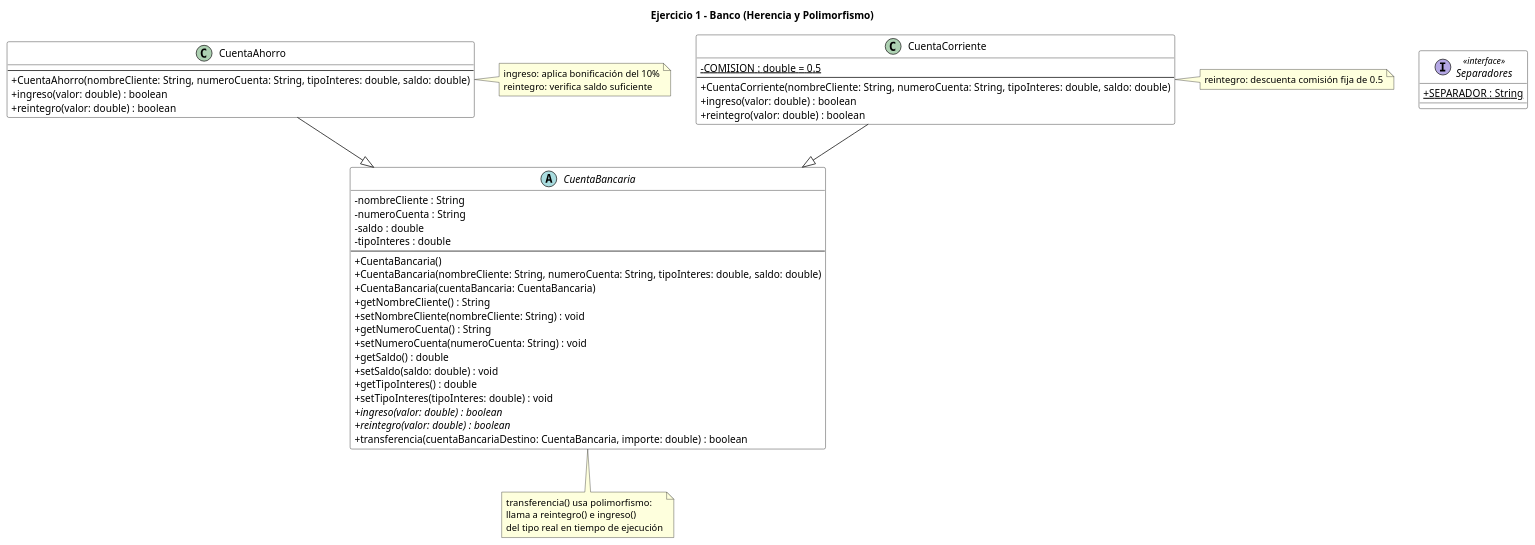
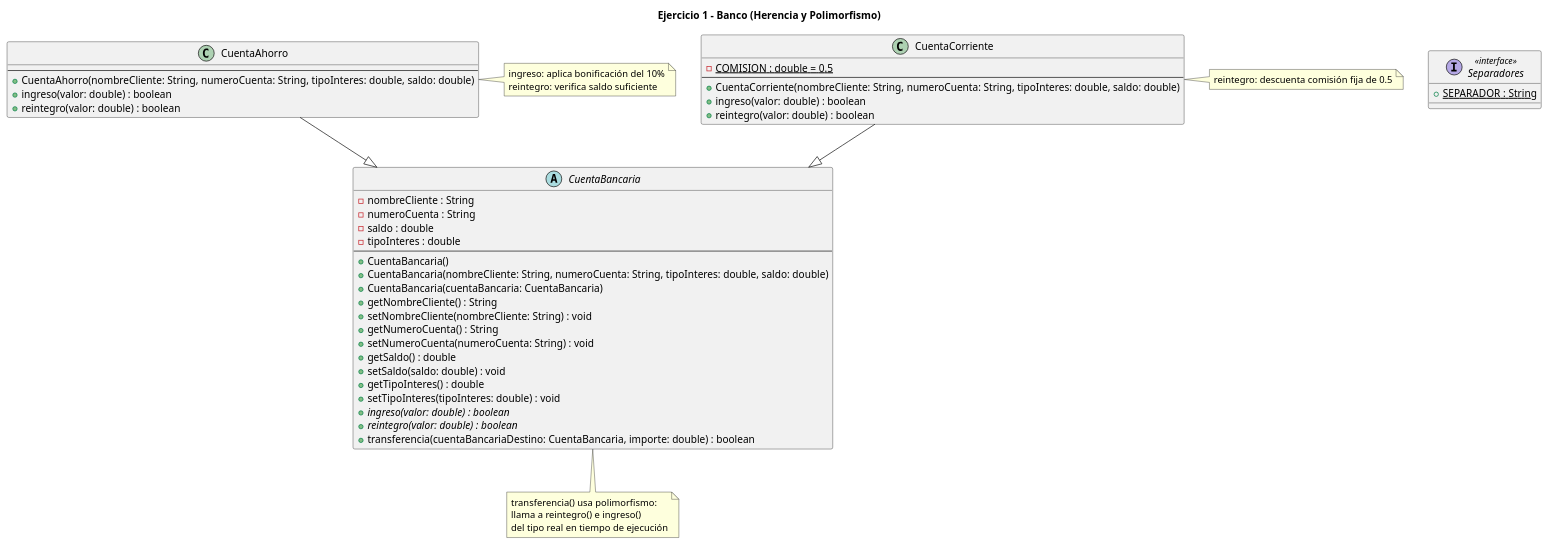
The diagram in Banco/Ejercicio1/src/diagramas.puml (JCastellanosDev/Modelado-UML-y-Sintaxis-basica), drawn with PlantUML before and after one commit. The commit also changed 6 other files, not shown here.

Commit message:
uml correcion

```diff
--- a/Banco/Ejercicio1/src/diagramas.puml
+++ b/Banco/Ejercicio1/src/diagramas.puml
@@ -1,71 +1,66 @@
 @startuml Banco
 
 title Ejercicio 1 - Banco (Herencia y Polimorfismo)
 
-skinparam classAttributeIconSize 0
-skinparam class {
-    BackgroundColor White
-    BorderColor Black
-    ArrowColor Black
-}
+
 
 interface Separadores <<interface>> {
-    + {static} SEPARADOR : String
+    +{static} SEPARADOR : String
 }
 
 abstract class CuentaBancaria {
-    - nombreCliente : String
-    - numeroCuenta : String
-    - saldo : double
-    - tipoInteres : double
+    -nombreCliente : String
+    -numeroCuenta : String
+    -saldo : double
+    -tipoInteres : double
     --
     + CuentaBancaria()
     + CuentaBancaria(nombreCliente: String, numeroCuenta: String, tipoInteres: double, saldo: double)
     + CuentaBancaria(cuentaBancaria: CuentaBancaria)
     + getNombreCliente() : String
     + setNombreCliente(nombreCliente: String) : void
     + getNumeroCuenta() : String
     + setNumeroCuenta(numeroCuenta: String) : void
     + getSaldo() : double
     + setSaldo(saldo: double) : void
     + getTipoInteres() : double
     + setTipoInteres(tipoInteres: double) : void
     + {abstract} ingreso(valor: double) : boolean
     + {abstract} reintegro(valor: double) : boolean
     + transferencia(cuentaBancariaDestino: CuentaBancaria, importe: double) : boolean
 }
 
 class CuentaAhorro {
     --
     + CuentaAhorro(nombreCliente: String, numeroCuenta: String, tipoInteres: double, saldo: double)
     + ingreso(valor: double) : boolean
     + reintegro(valor: double) : boolean
 }
 
 class CuentaCorriente {
     - {static} COMISION : double = 0.5
     --
     + CuentaCorriente(nombreCliente: String, numeroCuenta: String, tipoInteres: double, saldo: double)
     + ingreso(valor: double) : boolean
     + reintegro(valor: double) : boolean
 }
 
 CuentaAhorro    --|> CuentaBancaria
 CuentaCorriente --|> CuentaBancaria
 
 note right of CuentaAhorro
   ingreso: aplica bonificación del 10%
   reintegro: verifica saldo suficiente
 end note
 
 note right of CuentaCorriente
   reintegro: descuenta comisión fija de 0.5
 end note
 
 note bottom of CuentaBancaria
   transferencia() usa polimorfismo:
   llama a reintegro() e ingreso()
   del tipo real en tiempo de ejecución
 end note
 
 @enduml
```
